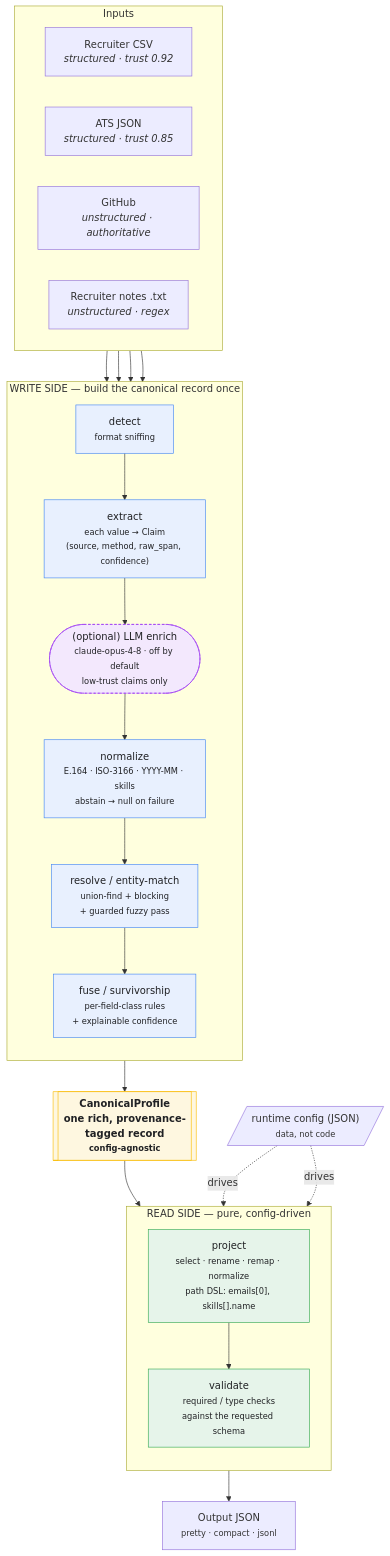
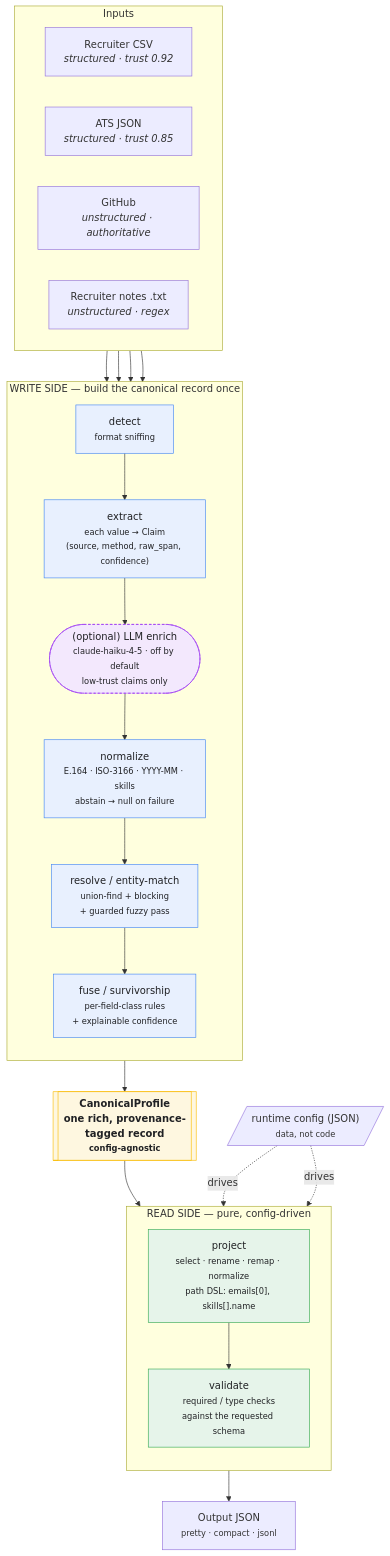
The diagram in README.md (amithkm9/Eightfold_assignment), drawn with Mermaid before and after one commit. The commit also changed other lines of this file and 2 other files, not shown here.

First line of the commit message:
refactor(llm): switch enrichment model to claude-haiku-4-5

````diff
--- a/README.md
+++ b/README.md
@@ -144,46 +144,46 @@
 ```mermaid
 flowchart TB
     subgraph IN[" Inputs "]
         direction LR
         CSV["Recruiter CSV<br/><i>structured · trust 0.92</i>"]
         ATS["ATS JSON<br/><i>structured · trust 0.85</i>"]
         GH["GitHub<br/><i>unstructured · authoritative</i>"]
         NOTES["Recruiter notes .txt<br/><i>unstructured · regex</i>"]
     end
 
     subgraph WRITE[" WRITE SIDE — build the canonical record once "]
         direction TB
         DETECT["detect<br/><small>format sniffing</small>"]
         EXTRACT["extract<br/><small>each value → Claim<br/>(source, method, raw_span, confidence)</small>"]
-        LLM(["(optional) LLM enrich<br/><small>claude-opus-4-8 · off by default<br/>low-trust claims only</small>"])
+        LLM(["(optional) LLM enrich<br/><small>claude-haiku-4-5 · off by default<br/>low-trust claims only</small>"])
         NORM["normalize<br/><small>E.164 · ISO-3166 · YYYY-MM · skills<br/>abstain → null on failure</small>"]
         RESOLVE["resolve / entity-match<br/><small>union-find + blocking<br/>+ guarded fuzzy pass</small>"]
         FUSE["fuse / survivorship<br/><small>per-field-class rules<br/>+ explainable confidence</small>"]
     end
 
     CANON[["CanonicalProfile<br/><b>one rich, provenance-tagged record</b><br/><small>config-agnostic</small>"]]
 
     subgraph READ[" READ SIDE — pure, config-driven "]
         direction TB
         PROJECT["project<br/><small>select · rename · remap · normalize<br/>path DSL: emails[0], skills[].name</small>"]
         VALIDATE["validate<br/><small>required / type checks<br/>against the requested schema</small>"]
     end
 
     CONFIG[/"runtime config (JSON)<br/><small>data, not code</small>"/]
     OUT["Output JSON<br/><small>pretty · compact · jsonl</small>"]
 
     CSV & ATS & GH & NOTES --> DETECT
     DETECT --> EXTRACT --> LLM --> NORM --> RESOLVE --> FUSE --> CANON
     CANON --> PROJECT --> VALIDATE --> OUT
     CONFIG -. drives .-> PROJECT
     CONFIG -. drives .-> VALIDATE
 
     classDef write fill:#e8f0fe,stroke:#4285f4,color:#202124;
     classDef read fill:#e6f4ea,stroke:#34a853,color:#202124;
     classDef canon fill:#fef7e0,stroke:#fbbc04,color:#202124,font-weight:bold;
     classDef opt fill:#f3e8fd,stroke:#a142f4,color:#202124,stroke-dasharray:4 3;
     class DETECT,EXTRACT,NORM,RESOLVE,FUSE write;
     class PROJECT,VALIDATE read;
     class CANON canon;
     class LLM opt;
 ```
````
